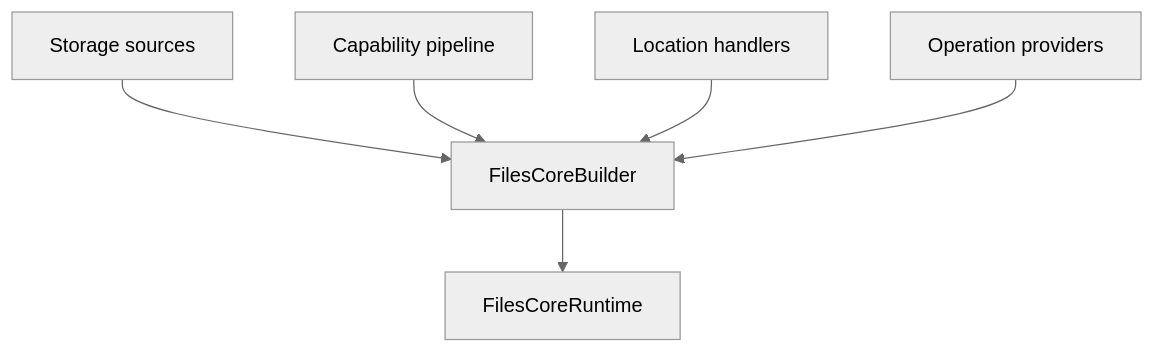
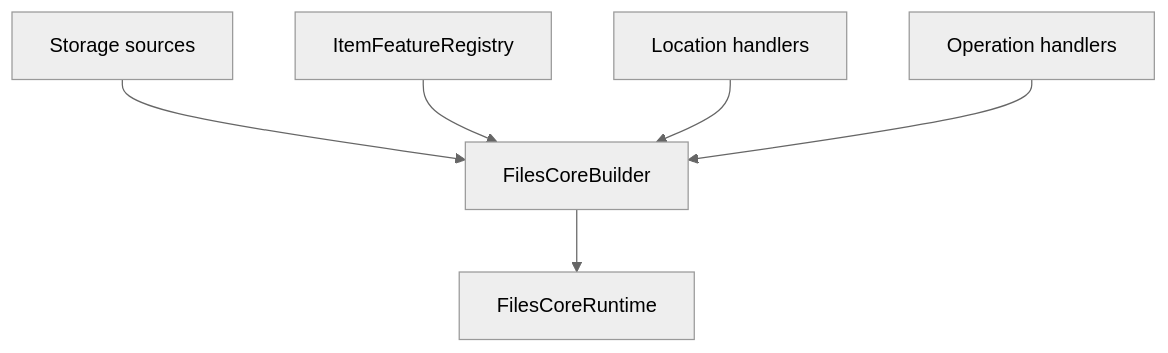
The first of 2 diagrams in docs/architecture/composition.md (0x5bfa/Files), drawn with Mermaid (neutral theme) before and after one commit. The commit also changed other lines of this file and 260 other files, not shown here.

Commit message:
Simplify Files.Core architecture terminology

````diff
--- a/docs/architecture/composition.md
+++ b/docs/architecture/composition.md
@@ -7,15 +7,15 @@
 ```mermaid
 flowchart TB
     Builder["FilesCoreBuilder"]
     Sources["Storage sources"]
-    Pipeline["Capability pipeline"]
+    Registry["ItemFeatureRegistry"]
     Handlers["Location handlers"]
-    Operations["Operation providers"]
+    Operations["Operation handlers"]
     Runtime["FilesCoreRuntime"]
 
     Sources --> Builder
-    Pipeline --> Builder
+    Registry --> Builder
     Handlers --> Builder
     Operations --> Builder
     Builder --> Runtime
 ```
````
